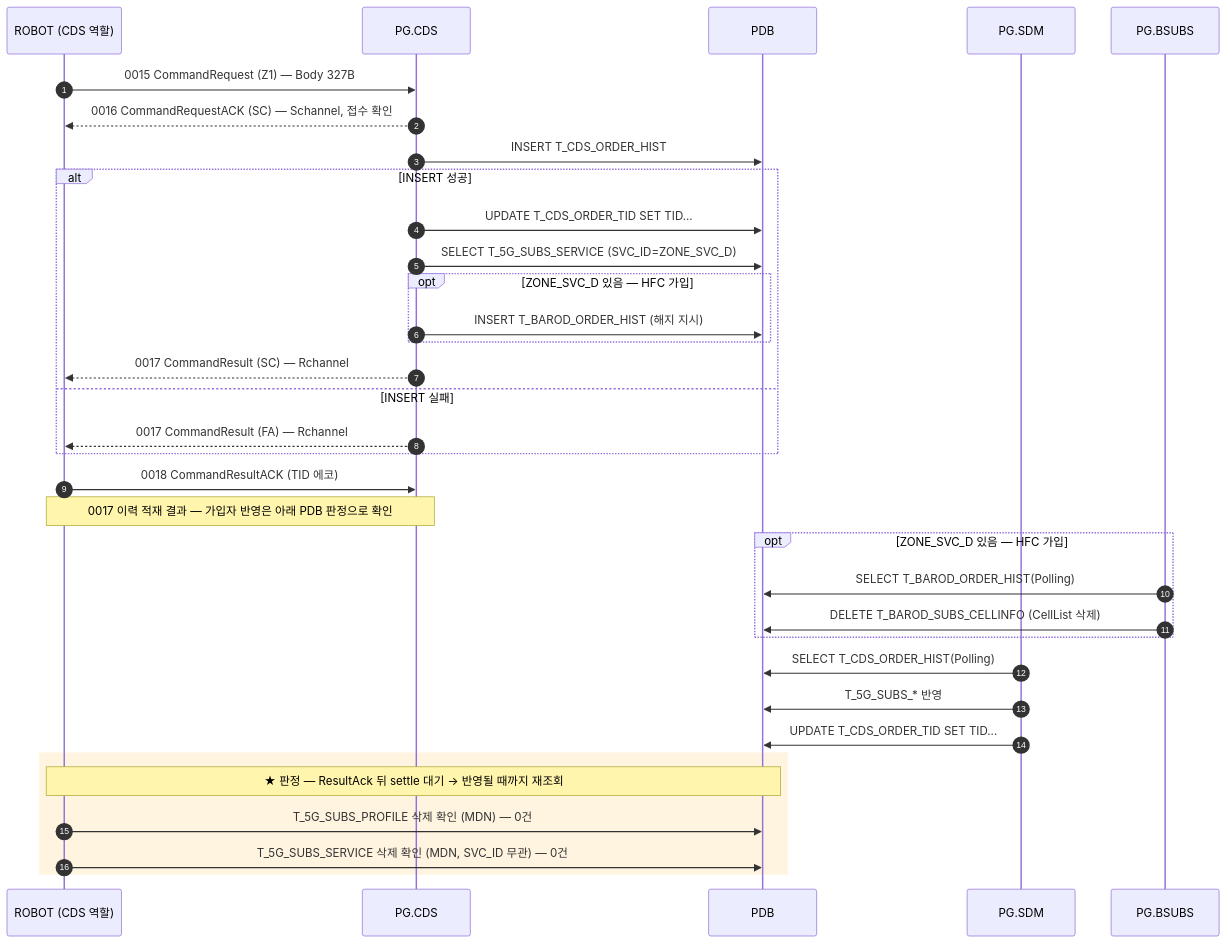
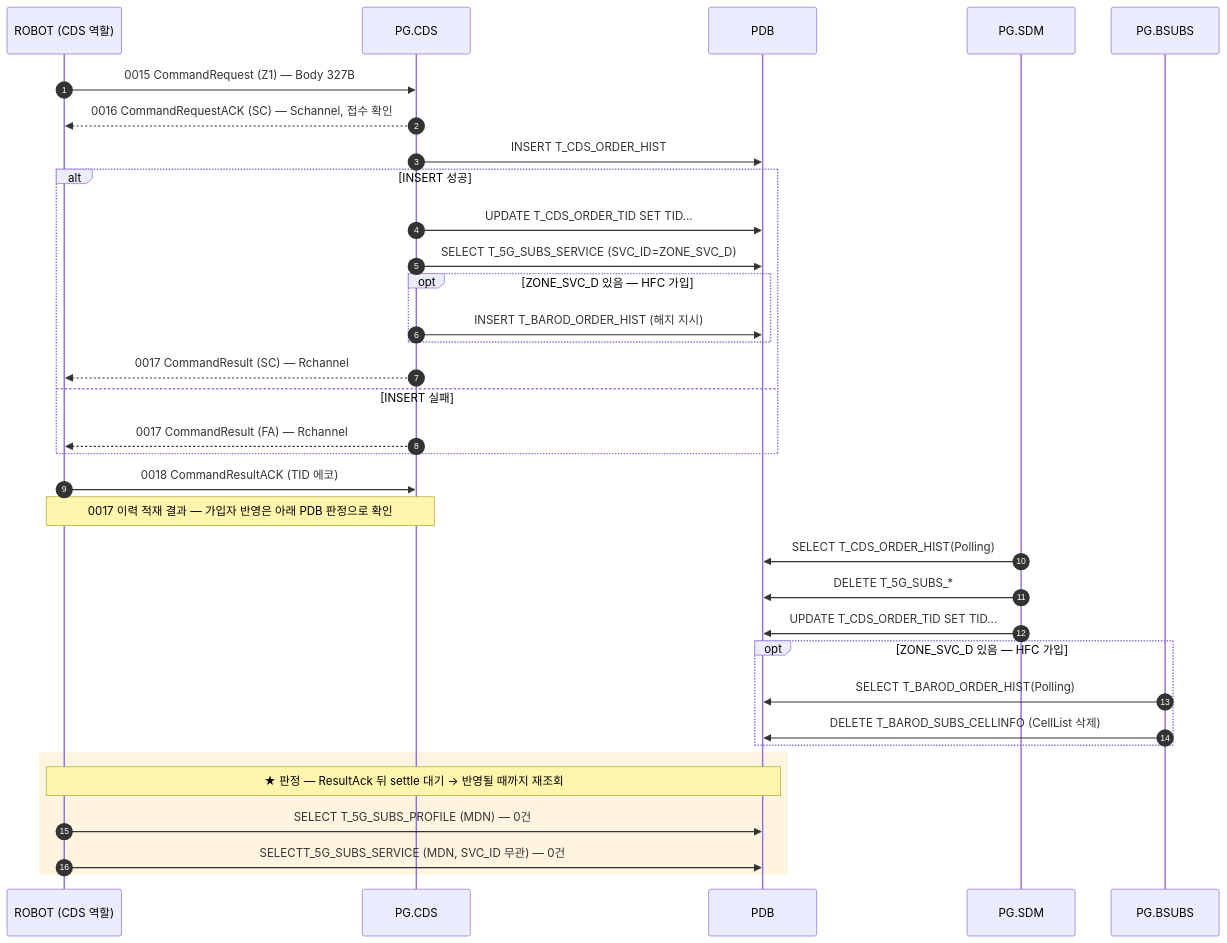
Before and after one commit to IanKim2030/tc4robot: the diagram in docs/callflow/CDS_Z1.md, drawn with Mermaid.

Commit message:
docs : cds z1 callfow 수정

````diff
--- a/docs/callflow/CDS_Z1.md
+++ b/docs/callflow/CDS_Z1.md
@@ -17,38 +17,38 @@
 ```mermaid
 sequenceDiagram
     autonumber
     participant TOOL as ROBOT (CDS 역할)
     participant PCDS as PG.CDS
     participant PDB as PDB
     participant SDM as PG.SDM
     participant BSUBS as PG.BSUBS
 
     TOOL->>PCDS: 0015 CommandRequest (Z1) — Body 327B
     PCDS-->>TOOL: 0016 CommandRequestACK (SC) — Schannel, 접수 확인
     PCDS->>PDB: INSERT T_CDS_ORDER_HIST
     alt INSERT 성공
         PCDS->>PDB: UPDATE T_CDS_ORDER_TID SET TID...
         PCDS->>PDB: SELECT T_5G_SUBS_SERVICE (SVC_ID=ZONE_SVC_D)
         opt ZONE_SVC_D 있음 — HFC 가입
             PCDS->>PDB: INSERT T_BAROD_ORDER_HIST (해지 지시)
         end
         PCDS-->>TOOL: 0017 CommandResult (SC) — Rchannel
     else INSERT 실패
         PCDS-->>TOOL: 0017 CommandResult (FA) — Rchannel
     end
     TOOL->>PCDS: 0018 CommandResultACK (TID 에코)
     Note over TOOL,PCDS: 0017 이력 적재 결과 — 가입자 반영은 아래 PDB 판정으로 확인
 
+    SDM->>PDB: SELECT T_CDS_ORDER_HIST(Polling)
+    SDM->>PDB: DELETE T_5G_SUBS_*
+    SDM->>PDB: UPDATE T_CDS_ORDER_TID SET TID...
     opt ZONE_SVC_D 있음 — HFC 가입
         BSUBS->>PDB: SELECT T_BAROD_ORDER_HIST(Polling)
         BSUBS->>PDB: DELETE T_BAROD_SUBS_CELLINFO (CellList 삭제)
     end
-    SDM->>PDB: SELECT T_CDS_ORDER_HIST(Polling)
-    SDM->>PDB: T_5G_SUBS_* 반영
-    SDM->>PDB: UPDATE T_CDS_ORDER_TID SET TID...
     rect rgba(255, 176, 32, 0.14)
     Note over TOOL,PDB: ★ 판정 — ResultAck 뒤 settle 대기 → 반영될 때까지 재조회
-        TOOL->>PDB: T_5G_SUBS_PROFILE 삭제 확인 (MDN) — 0건
-        TOOL->>PDB: T_5G_SUBS_SERVICE 삭제 확인 (MDN, SVC_ID 무관) — 0건
+        TOOL->>PDB: SELECT T_5G_SUBS_PROFILE (MDN) — 0건
+        TOOL->>PDB: SELECTT_5G_SUBS_SERVICE (MDN, SVC_ID 무관) — 0건
     end
 ```
````
